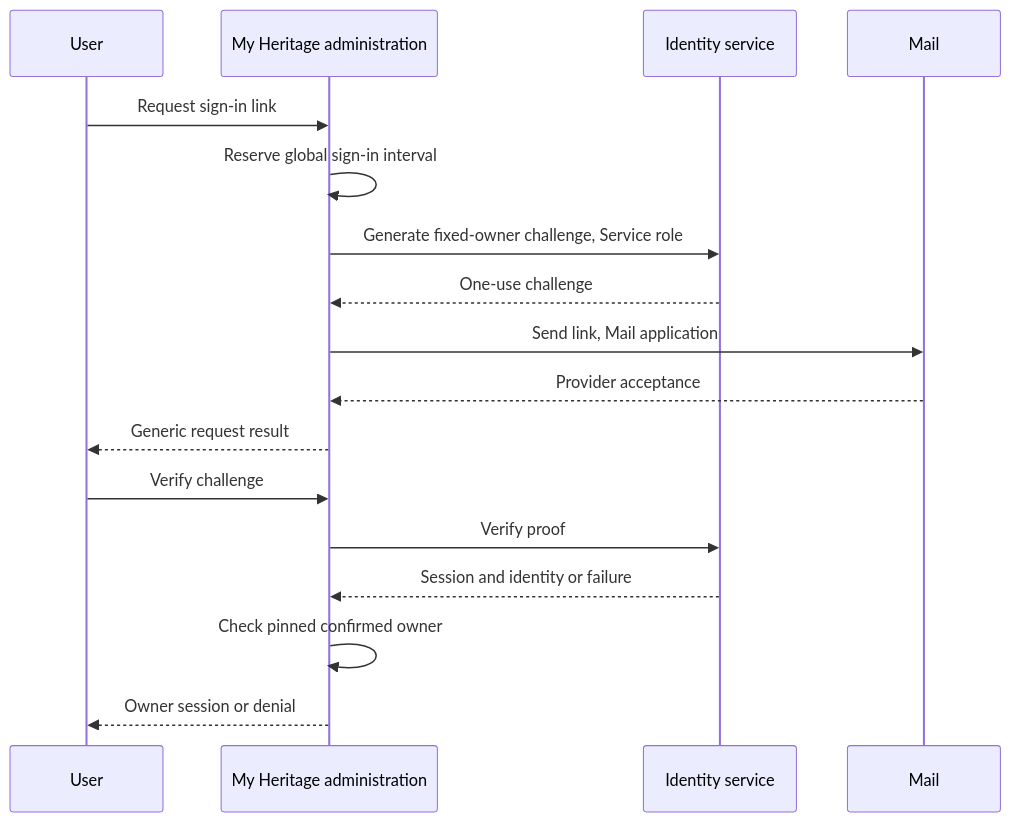
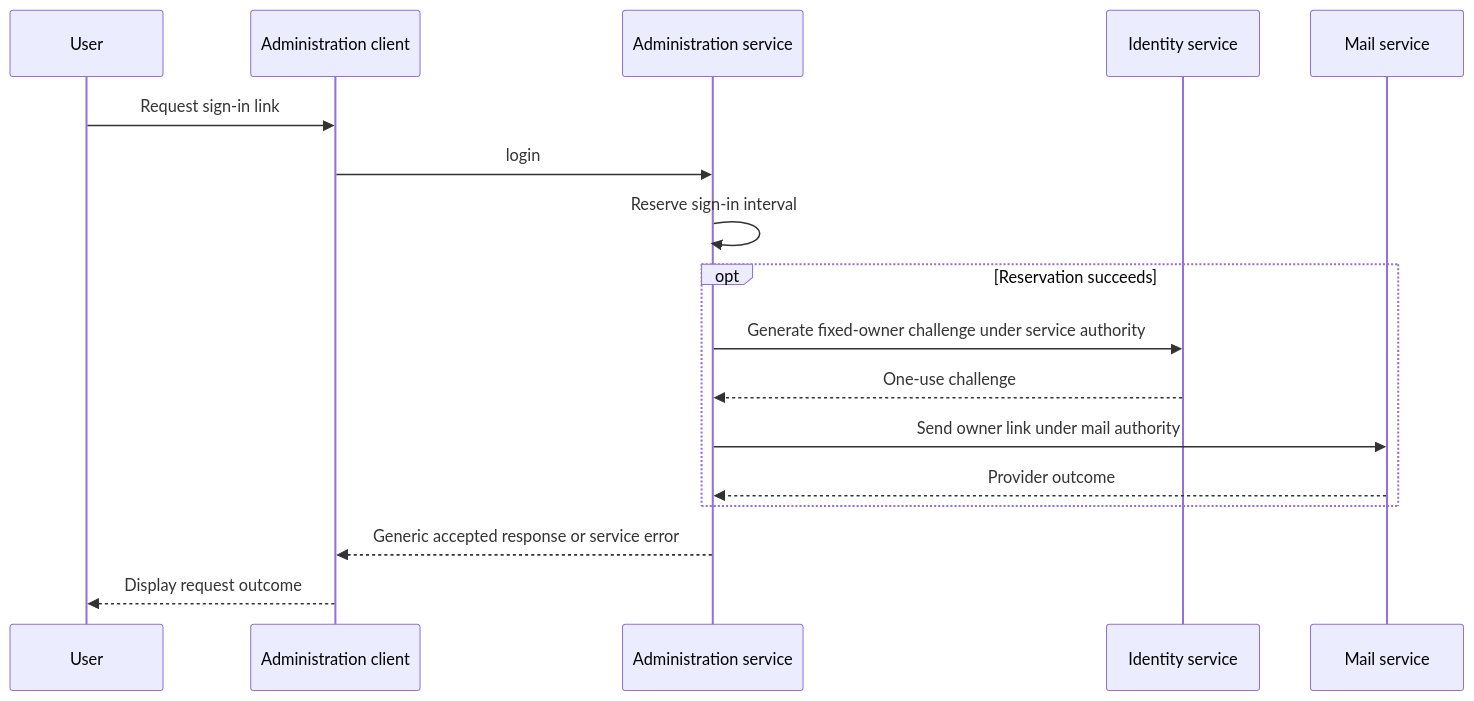
One commit to pekka-28/unesco changed the fifth of 14 diagrams in SYSTEM_BEHAVIOUR.md. Above: the diagram before and after it, drawn with Mermaid. The commit also changed other lines of this file, not shown here.

Commit message:
Describe administration client state and message sequences (#51)

````diff
--- a/SYSTEM_BEHAVIOUR.md
+++ b/SYSTEM_BEHAVIOUR.md
@@ -129,19 +154,19 @@
 ```mermaid
 sequenceDiagram
     participant User
-    participant API as My Heritage administration
+    participant Client as Administration client
+    participant API as Administration service
     participant Auth as Identity service
-    participant Mail
-    User->>API: Request sign-in link
-    API->>API: Reserve global sign-in interval
-    API->>Auth: Generate fixed-owner challenge, Service role
-    Auth-->>API: One-use challenge
-    API->>Mail: Send link, Mail application
-    Mail-->>API: Provider acceptance
-    API-->>User: Generic request result
-    User->>API: Verify challenge
-    API->>Auth: Verify proof
-    Auth-->>API: Session and identity or failure
-    API->>API: Check pinned confirmed owner
-    API-->>User: Owner session or denial
+    participant Mail as Mail service
+    User->>Client: Request sign-in link
+    Client->>API: login
+    API->>API: Reserve sign-in interval
+    opt Reservation succeeds
+        API->>Auth: Generate fixed-owner challenge under service authority
+        Auth-->>API: One-use challenge
+        API->>Mail: Send owner link under mail authority
+        Mail-->>API: Provider outcome
+    end
+    API-->>Client: Generic accepted response or service error
+    Client-->>User: Display request outcome
 ```
````
